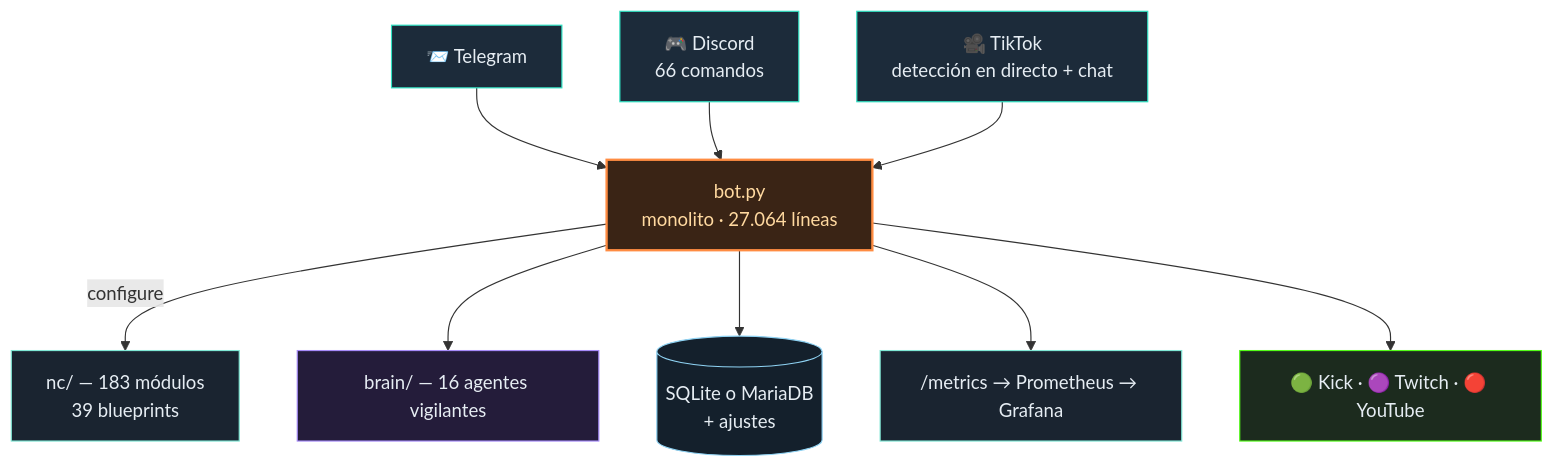
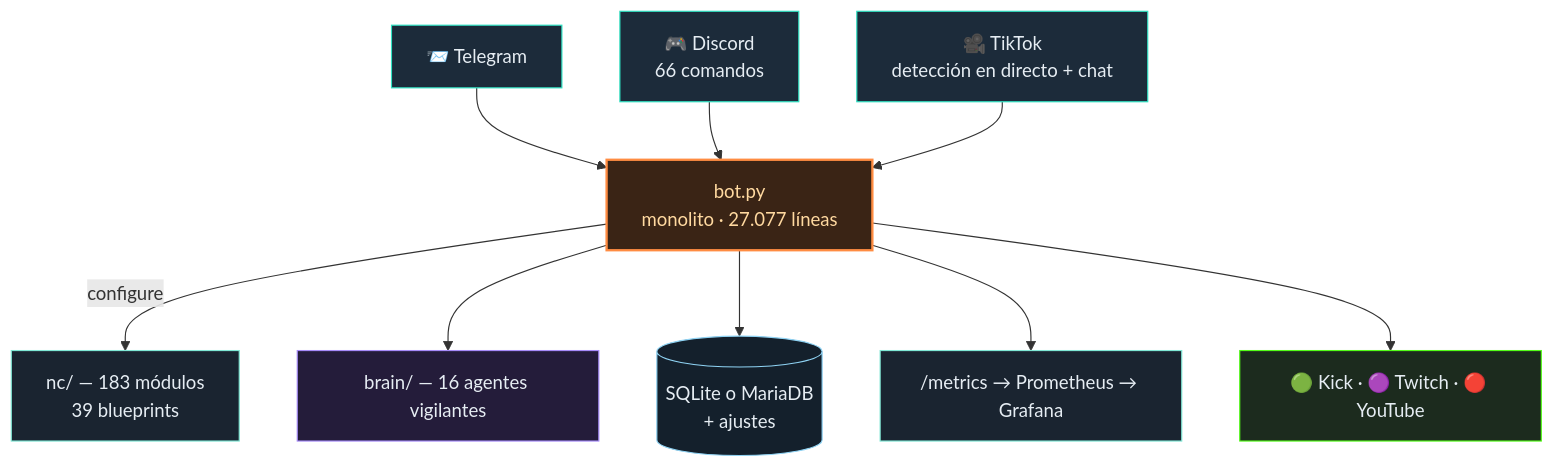
The diagram in README.es.md (itsamemedev/Telegram-Stream-Info-Bot), drawn with Mermaid before and after one commit. The commit also changed other lines of this file and 11 other files, not shown here.

````diff
--- a/README.es.md
+++ b/README.es.md
@@ -64,18 +64,18 @@
 ```mermaid
 flowchart TB
     TG["📨 Telegram"]:::ein --> BOT
     DC["🎮 Discord<br/>66 comandos"]:::ein --> BOT
     TT["🎥 TikTok<br/>detección en directo + chat"]:::ein --> BOT
-    BOT["bot.py<br/>monolito · 27.064 líneas"]:::core
+    BOT["bot.py<br/>monolito · 27.077 líneas"]:::core
     BOT -->|configure| NC["nc/ — 183 módulos<br/>39 blueprints"]:::lib
     BOT --> BRAIN["brain/ — 16 agentes vigilantes"]:::brain
     BOT --> DB[("SQLite o MariaDB<br/>+ ajustes")]:::db
     BOT --> PROM["/metrics → Prometheus → Grafana"]:::lib
     BOT --> OUT["🟢 Kick · 🟣 Twitch · 🔴 YouTube"]:::out
     classDef ein fill:#1c2b3a,stroke:#2de1c2,color:#e6edf3
     classDef core fill:#3a2415,stroke:#ff8c42,stroke-width:2px,color:#ffd9a0
     classDef lib fill:#1a2430,stroke:#7fe7d4,color:#e6edf3
     classDef brain fill:#241c3a,stroke:#a78bfa,color:#e6edf3
     classDef db fill:#14202c,stroke:#8fd3f4,color:#e6edf3
     classDef out fill:#1c2b1e,stroke:#53fc18,color:#e6edf3
 ```
````
